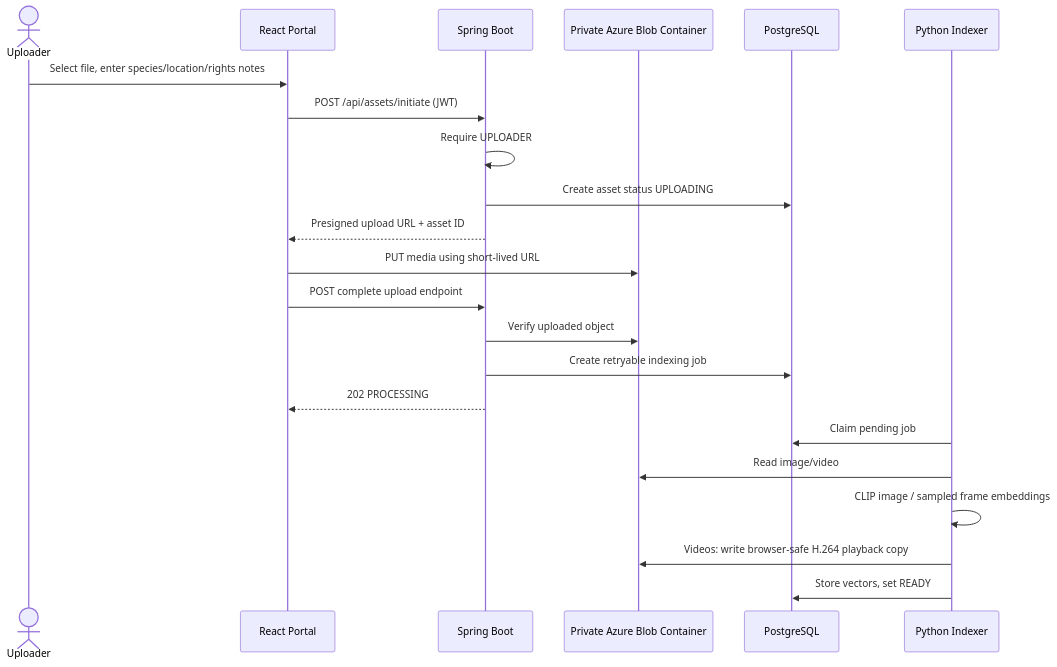
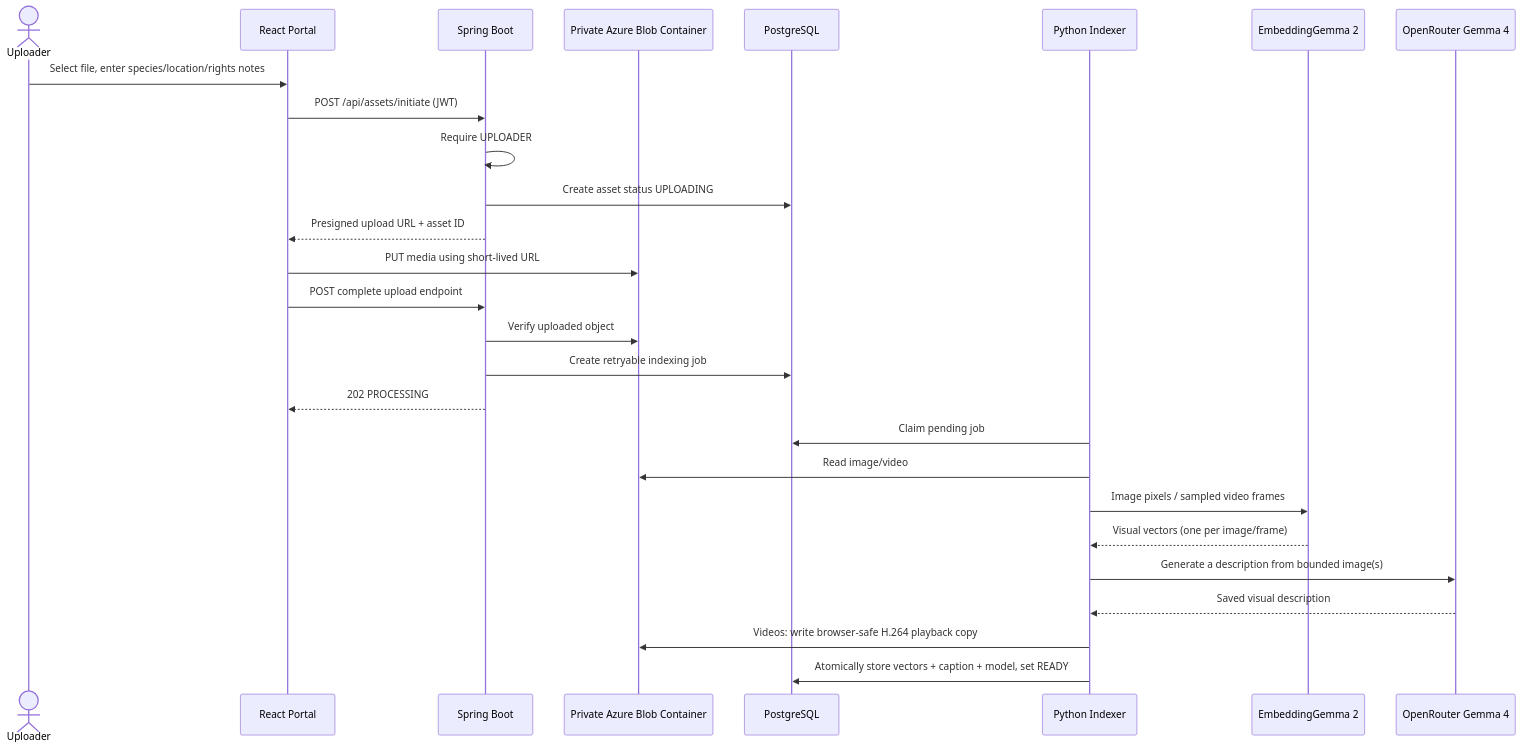
The fourth of 7 diagrams in README.md (sagarparker/CMPE_272_PROJECT), drawn with Mermaid before and after one commit. The commit also changed other lines of this file and 27 other files, not shown here.

Commit message:
Use OpenRouter for captions and document hybrid search in Mermaid

````diff
--- a/README.md
+++ b/README.md
@@ -208,24 +200,29 @@
 ```mermaid
 sequenceDiagram
     actor Uploader
     participant UI as React Portal
     participant API as Spring Boot
     participant BLOB as Private Azure Blob Container
     participant DB as PostgreSQL
     participant Worker as Python Indexer
+    participant Embed as EmbeddingGemma 2
+    participant Router as OpenRouter Gemma 4
     Uploader->>UI: Select file, enter species/location/rights notes
     UI->>API: POST /api/assets/initiate (JWT)
     API->>API: Require UPLOADER
     API->>DB: Create asset status UPLOADING
     API-->>UI: Presigned upload URL + asset ID
     UI->>BLOB: PUT media using short-lived URL
     UI->>API: POST complete upload endpoint
     API->>BLOB: Verify uploaded object
     API->>DB: Create retryable indexing job
     API-->>UI: 202 PROCESSING
     Worker->>DB: Claim pending job
     Worker->>BLOB: Read image/video
-    Worker->>Worker: CLIP image / sampled frame embeddings
+    Worker->>Embed: Image pixels / sampled video frames
+    Embed-->>Worker: Visual vectors (one per image/frame)
+    Worker->>Router: Generate a description from bounded image(s)
+    Router-->>Worker: Saved visual description
     Worker->>BLOB: Videos: write browser-safe H.264 playback copy
-    Worker->>DB: Store vectors, set READY
+    Worker->>DB: Atomically store vectors + caption + model, set READY
 ```
````
